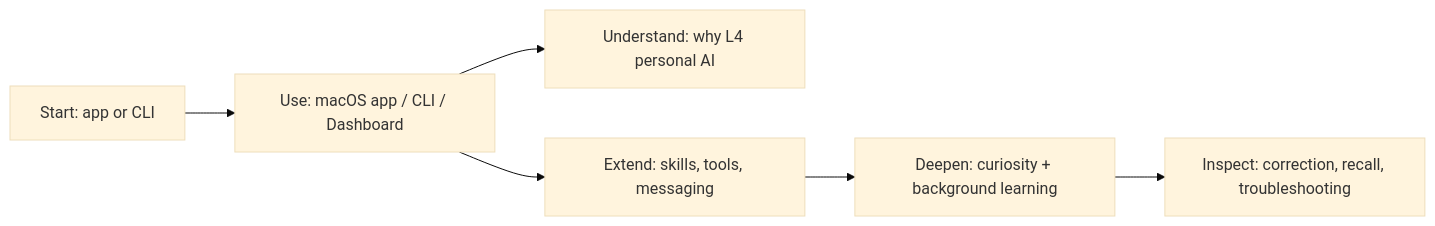
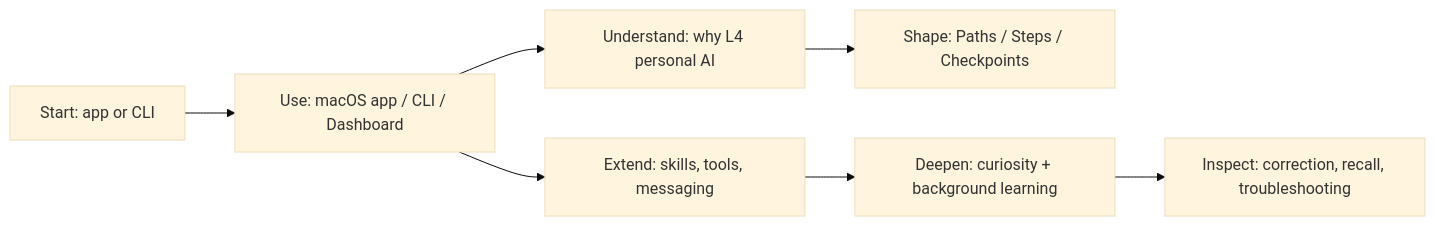
Before and after one commit to agentic-in/elephant-agent: the diagram in apps/site/docs/intro.md, drawn with Mermaid (base theme). The commit also changed other lines of this file and 10 other files, not shown here.

````diff
--- a/apps/site/docs/intro.md
+++ b/apps/site/docs/intro.md
@@ -54,8 +61,9 @@
 ```mermaid
 flowchart LR
   start["Start: app or CLI"] --> surfaces["Use: macOS app / CLI / Dashboard"]
   surfaces --> thesis["Understand: why L4 personal AI"]
+  thesis --> paths["Shape: Paths / Steps / Checkpoints"]
   surfaces --> capacity["Extend: skills, tools, messaging"]
   capacity --> learning["Deepen: curiosity + background learning"]
   learning --> inspect["Inspect: correction, recall, troubleshooting"]
 ```
````
